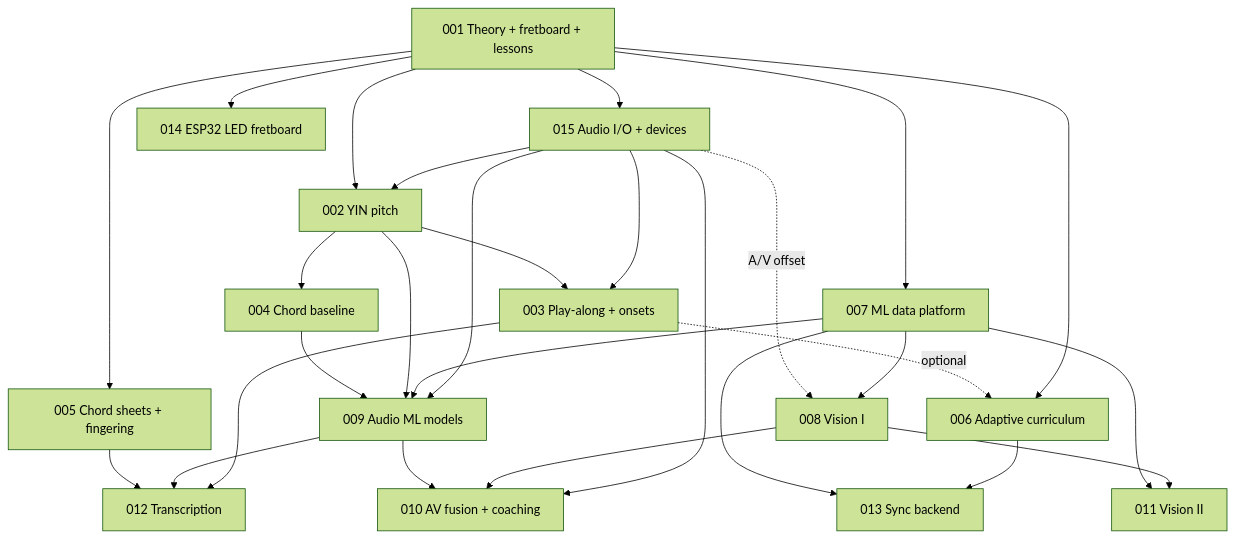
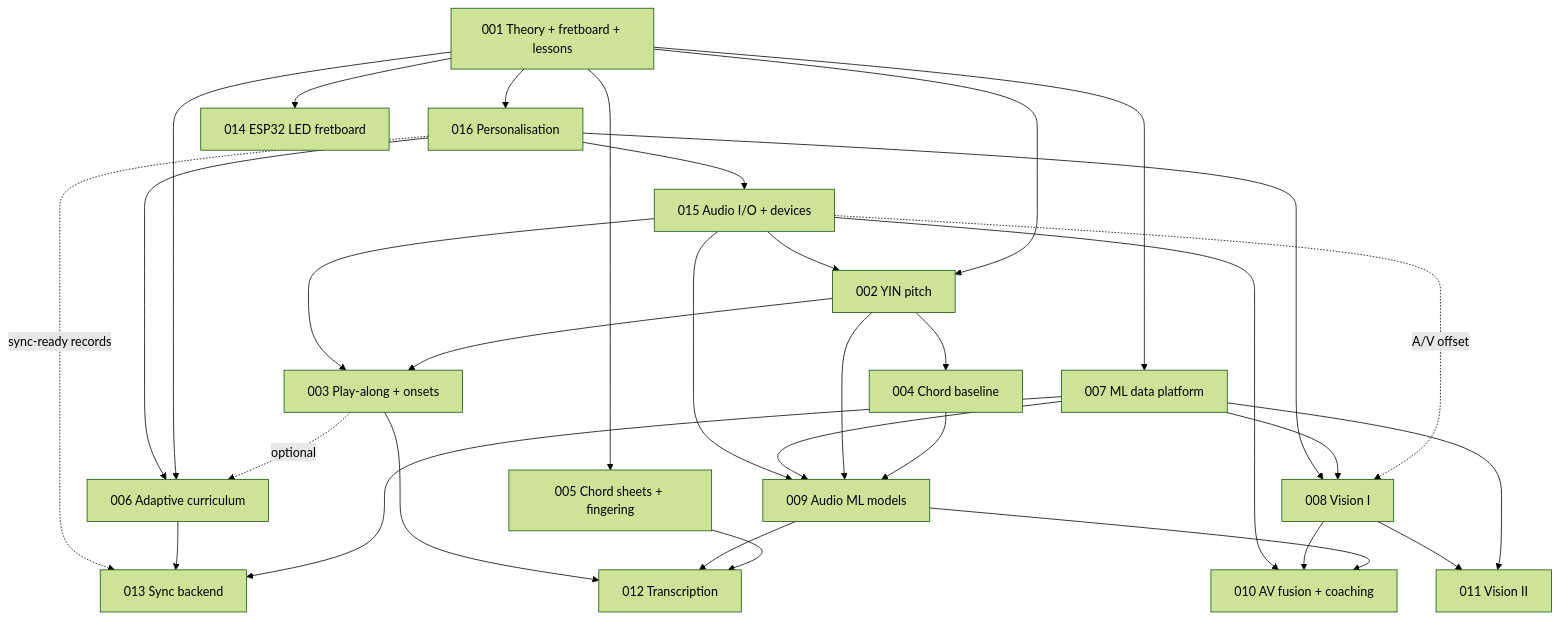
The second of 2 diagrams in docs/AI-WORKFLOW.md (mbendari7/FretSense), drawn with Mermaid (forest theme) before and after one commit. The commit also changed other lines of this file and 48 other files, not shown here.

````diff
--- a/docs/AI-WORKFLOW.md
+++ b/docs/AI-WORKFLOW.md
@@ -102,30 +105,34 @@
 ```mermaid
 flowchart TD
-    F001[001 Theory + fretboard + lessons] --> F015[015 Audio I/O + devices]
+    F001[001 Theory + fretboard + lessons] --> F016[016 Personalisation]
+    F016 --> F015[015 Audio I/O + devices]
+    F016 --> F006
+    F016 --> F008
+    F016 -.sync-ready records.-> F013
     F015 --> F002[002 YIN pitch]
     F015 --> F003
     F015 --> F009
     F015 --> F010
     F001 --> F002
     F001 --> F005[005 Chord sheets + fingering]
     F001 --> F006[006 Adaptive curriculum]
     F001 --> F014[014 ESP32 LED fretboard]
     F002 --> F003[003 Play-along + onsets]
     F002 --> F004[004 Chord baseline]
     F003 -.optional.-> F006
     F001 --> F007[007 ML data platform]
     F007 --> F008[008 Vision I]
     F007 --> F009[009 Audio ML models]
     F002 --> F009
     F004 --> F009
     F008 --> F010[010 AV fusion + coaching]
     F009 --> F010
     F008 --> F011[011 Vision II]
     F007 --> F011
     F003 --> F012[012 Transcription]
     F009 --> F012
     F005 --> F012
     F006 --> F013[013 Sync backend]
     F007 --> F013
     F015 -.A/V offset.-> F008
 ```
````
